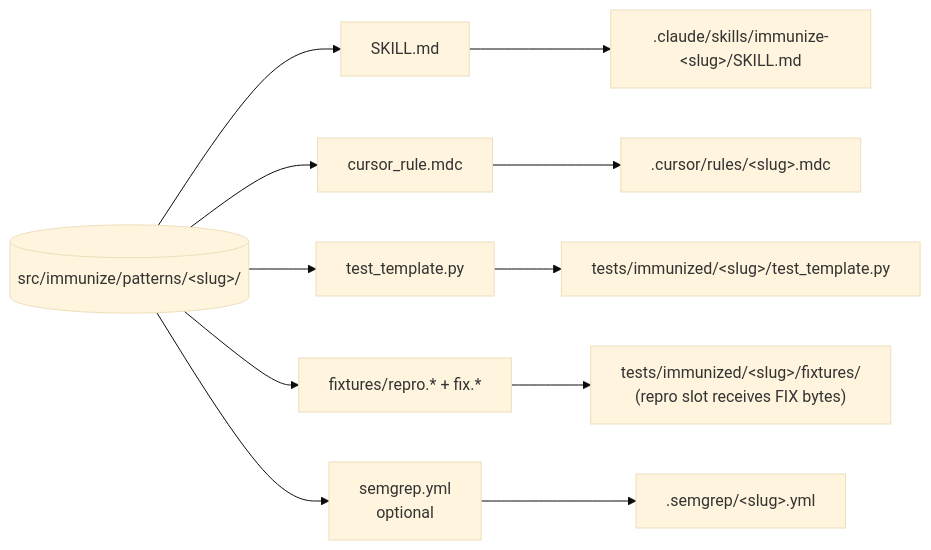
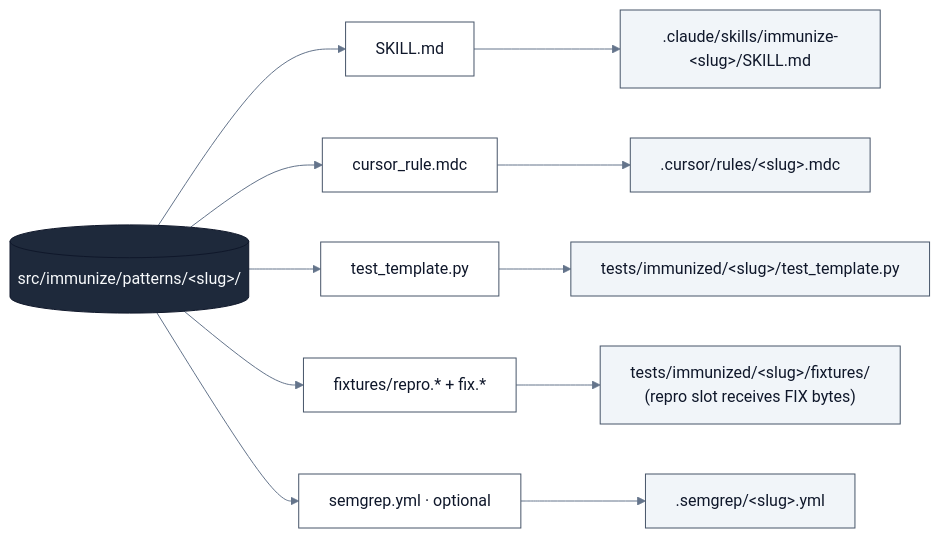
The eighth of 14 diagrams in README.md (viditkbhatnagar/immunize), drawn with Mermaid before and after one commit. The commit also changed other lines of this file, not shown here.

First line of the commit message:
Redesign README mermaid diagrams with corporate styling

````diff
--- a/README.md
+++ b/README.md
@@ -356,10 +396,14 @@
 ```mermaid
-%%{init: {'theme':'base'}}%%
+%%{init: {'theme':'base', 'themeVariables': {'fontFamily':'Inter, system-ui, -apple-system, sans-serif', 'primaryTextColor':'#0f172a', 'lineColor':'#64748b'}}}%%
 flowchart LR
-    Pattern[("src/immunize/patterns/&lt;slug&gt;/")]
-    Pattern --> SKILL[SKILL.md] --> O1[".claude/skills/immunize-&lt;slug&gt;/SKILL.md"]
-    Pattern --> CR[cursor_rule.mdc] --> O2[".cursor/rules/&lt;slug&gt;.mdc"]
-    Pattern --> TEST[test_template.py] --> O3["tests/immunized/&lt;slug&gt;/test_template.py"]
-    Pattern --> FIX["fixtures/repro.* + fix.*"] --> O4["tests/immunized/&lt;slug&gt;/fixtures/<br/>(repro slot receives FIX bytes)"]
-    Pattern --> SG[semgrep.yml<br/>optional] --> O5[".semgrep/&lt;slug&gt;.yml"]
+    classDef src fill:#1e293b,stroke:#0f172a,stroke-width:1px,color:#f8fafc
+    classDef art fill:#ffffff,stroke:#475569,stroke-width:1px,color:#0f172a
+    classDef out fill:#f1f5f9,stroke:#475569,stroke-width:1px,color:#0f172a
+
+    Pattern[("src/immunize/patterns/&lt;slug&gt;/")]:::src
+    Pattern --> SKILL["SKILL.md"]:::art --> O1[".claude/skills/immunize-&lt;slug&gt;/SKILL.md"]:::out
+    Pattern --> CR["cursor_rule.mdc"]:::art --> O2[".cursor/rules/&lt;slug&gt;.mdc"]:::out
+    Pattern --> TEST["test_template.py"]:::art --> O3["tests/immunized/&lt;slug&gt;/test_template.py"]:::out
+    Pattern --> FIX["fixtures/repro.* + fix.*"]:::art --> O4["tests/immunized/&lt;slug&gt;/fixtures/<br/>(repro slot receives FIX bytes)"]:::out
+    Pattern --> SG["semgrep.yml · optional"]:::art --> O5[".semgrep/&lt;slug&gt;.yml"]:::out
 ```
````
